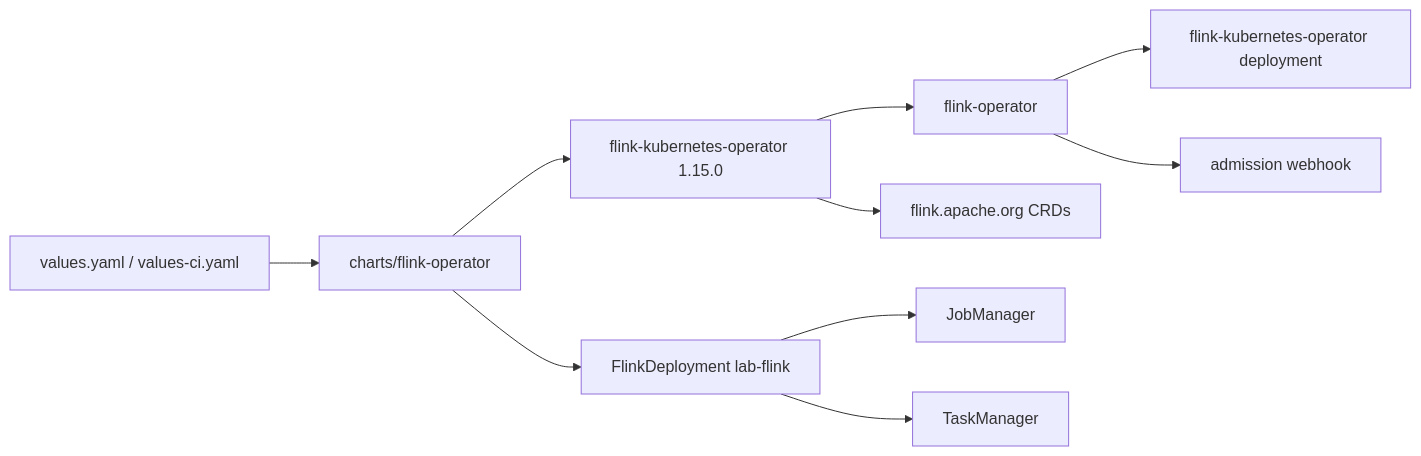
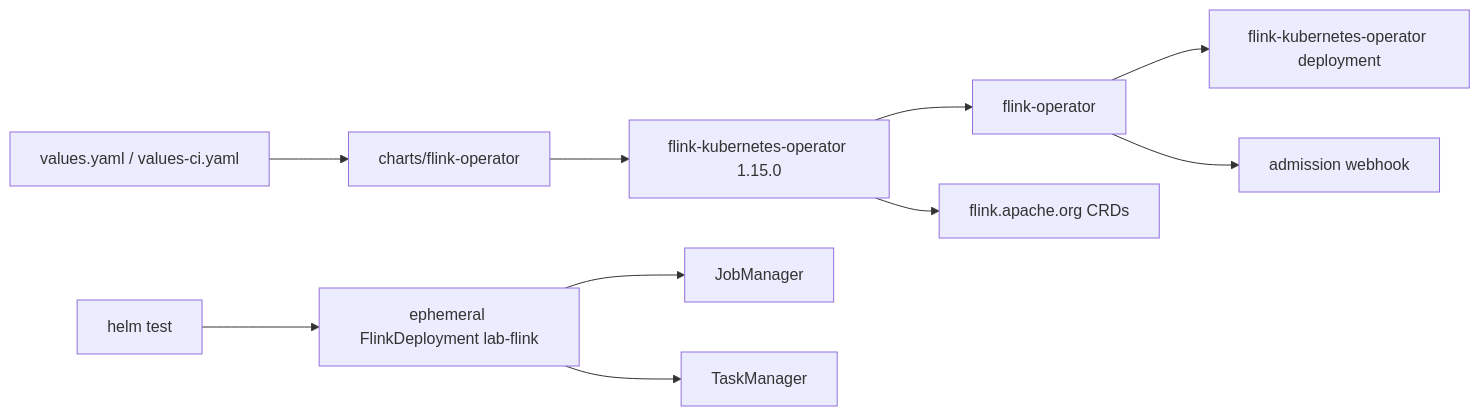
Before and after one commit to garyellis/lab-charts: the diagram in charts/flink-operator/README.md, drawn with Mermaid. The commit also changed other lines of this file and 11 other files, not shown here.

Commit message:
fix: stabilize sandbox charts

````diff
--- a/charts/flink-operator/README.md
+++ b/charts/flink-operator/README.md
@@ -6,12 +7,12 @@
 ```mermaid
 flowchart LR
   values[values.yaml / values-ci.yaml] --> umbrella[charts/flink-operator]
   umbrella --> upstream[flink-kubernetes-operator 1.15.0]
-  umbrella --> sample[FlinkDeployment lab-flink]
+  test[helm test] --> sample[ephemeral FlinkDeployment lab-flink]
   upstream --> ns[flink-operator]
   ns --> operator[flink-kubernetes-operator deployment]
   ns --> webhook[admission webhook]
   upstream --> crds[flink.apache.org CRDs]
   sample --> jm[JobManager]
   sample --> tm[TaskManager]
 ```
````
